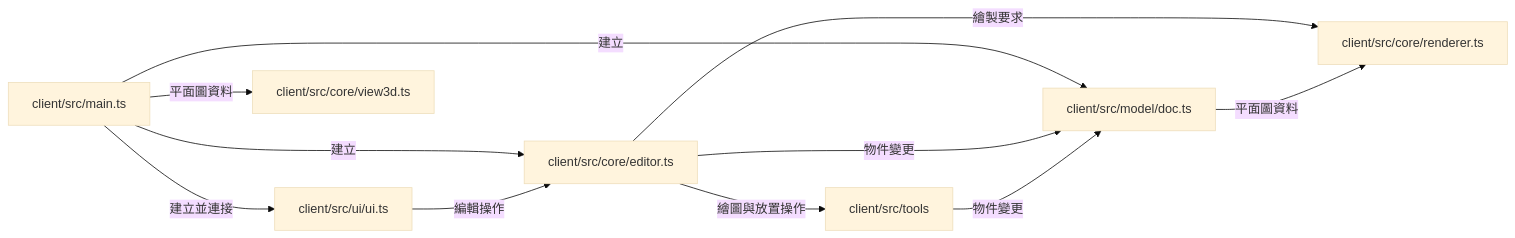
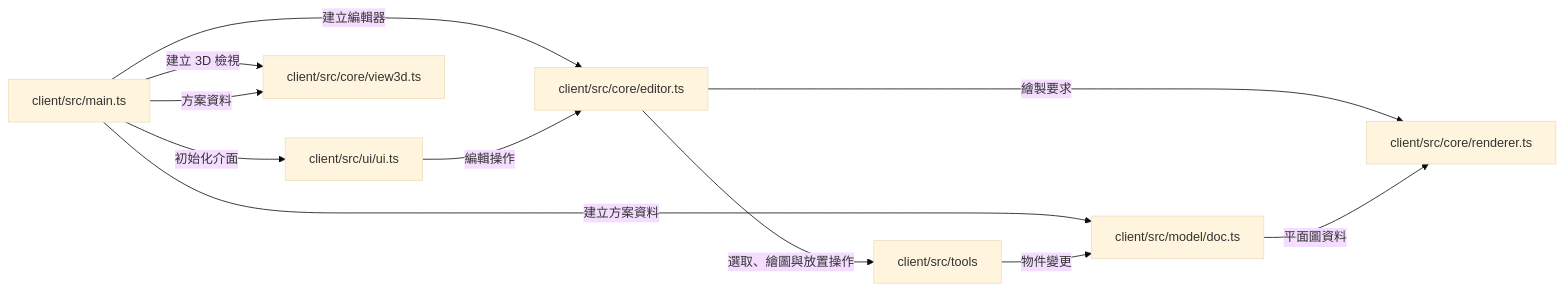
Before and after one commit to bruuucechang/interiordesign: the second of 4 diagrams in README.md, drawn with Mermaid (base theme). The commit also changed other lines of this file, not shown here.

````diff
--- a/README.md
+++ b/README.md
@@ -49,13 +49,13 @@
 ```mermaid
 flowchart LR
-    Main["client/src/main.ts"] -->|建立並連接| UI["client/src/ui/ui.ts"]
-    Main -->|建立| Editor["client/src/core/editor.ts"]
-    Main -->|建立| Doc["client/src/model/doc.ts"]
-    Main -->|平面圖資料| View3D["client/src/core/view3d.ts"]
+    Main["client/src/main.ts"] -->|初始化介面| UI["client/src/ui/ui.ts"]
+    Main -->|建立編輯器| Editor["client/src/core/editor.ts"]
+    Main -->|建立方案資料| Doc["client/src/model/doc.ts"]
+    Main -->|建立 3D 檢視| View3D["client/src/core/view3d.ts"]
     UI -->|編輯操作| Editor
-    Editor -->|物件變更| Doc
-    Editor -->|繪圖與放置操作| Tools["client/src/tools"]
+    Editor -->|選取、繪圖與放置操作| Tools["client/src/tools"]
     Tools -->|物件變更| Doc
     Editor -->|繪製要求| Renderer["client/src/core/renderer.ts"]
     Doc -->|平面圖資料| Renderer
+    Main -->|方案資料| View3D
 ```
````
